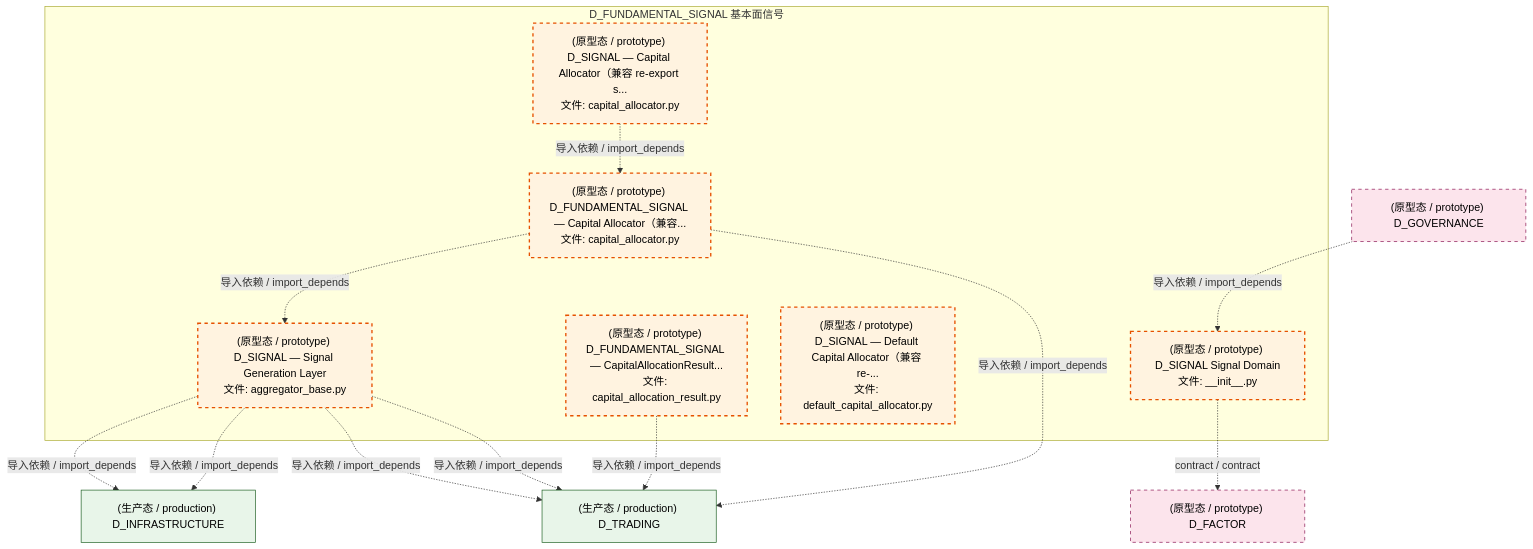
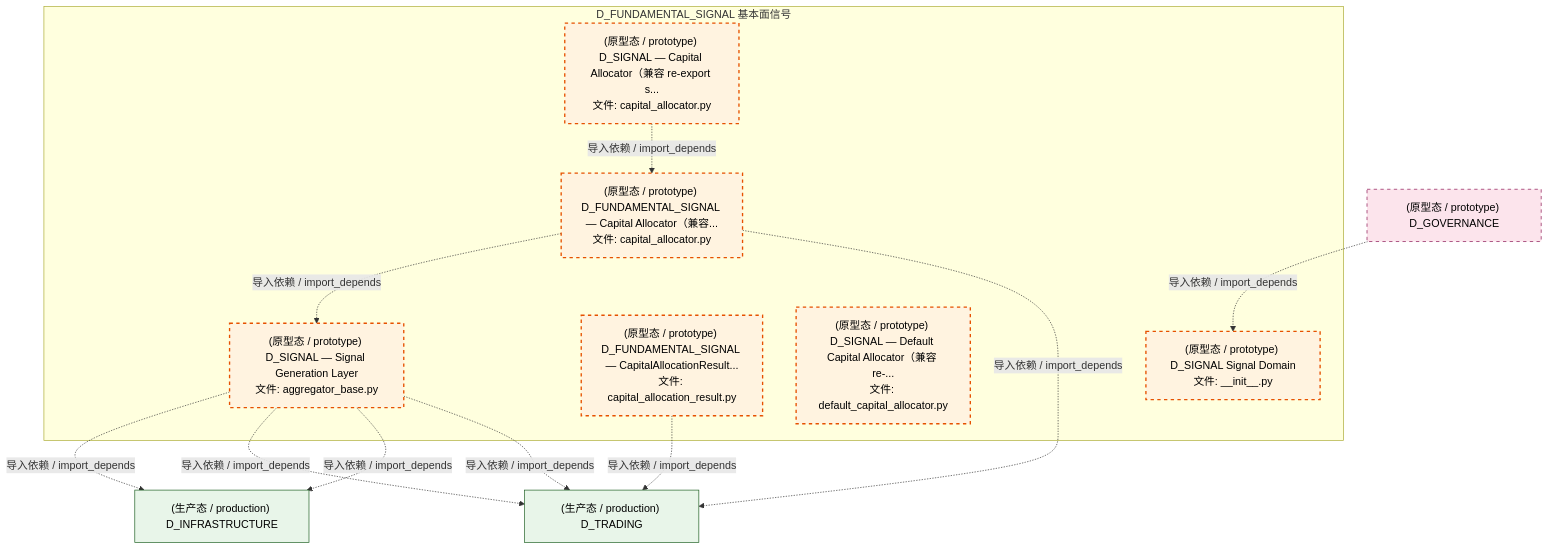
One commit to xuanFelixVan/ZephyrAlpha changed the third of 4 diagrams in docs/02_enterprise_architecture/02_domain_architecture_docs/37_d_fundamental_signal.md. Above: the diagram before and after it, drawn with Mermaid. The commit also changed other lines of this file and 116 other files, not shown here.

````diff
--- a/docs/02_enterprise_architecture/02_domain_architecture_docs/37_d_fundamental_signal.md
+++ b/docs/02_enterprise_architecture/02_domain_architecture_docs/37_d_fundamental_signal.md
@@ -171,32 +171,30 @@
 ```mermaid
 graph TD
     subgraph D_FUNDAMENTAL_SIGNAL["D_FUNDAMENTAL_SIGNAL 基本面信号"]
         src_zephyr_signal_fundamental_init_py["(原型态 / prototype) D_SIGNAL Signal Domain<br/>文件: __init__.py"]
         src_zephyr_signal_fundamental_capital_capital_allocation_result_py["(原型态 / prototype) D_FUNDAMENTAL_SIGNAL — CapitalAllocationResult...<br/>文件: capital_allocation_result.py"]
         src_zephyr_signal_fundamental_capital_capital_allocator_py["(原型态 / prototype) D_SIGNAL — Capital Allocator（兼容 re-export s...<br/>文件: capital_allocator.py"]
         src_zephyr_signal_fundamental_capital_default_capital_allocator_py["(原型态 / prototype) D_SIGNAL — Default Capital Allocator（兼容 re-...<br/>文件: default_capital_allocator.py"]
         src_zephyr_signal_fundamental_gen_aggregator_base_py["(原型态 / prototype) D_SIGNAL — Signal Generation Layer<br/>文件: aggregator_base.py"]
         src_zephyr_signal_fundamental_strategy_capital_allocator_py["(原型态 / prototype) D_FUNDAMENTAL_SIGNAL — Capital Allocator（兼容...<br/>文件: capital_allocator.py"]
     end
     src_zephyr_signal_fundamental_capital_capital_allocator_py -.->|导入依赖 / import_depends| src_zephyr_signal_fundamental_strategy_capital_allocator_py
     src_zephyr_signal_fundamental_strategy_capital_allocator_py -.->|导入依赖 / import_depends| src_zephyr_signal_fundamental_gen_aggregator_base_py
-    D_FACTOR["(原型态 / prototype) D_FACTOR"]
-    src_zephyr_signal_fundamental_init_py -.->|contract / contract| D_FACTOR
     D_TRADING["(生产态 / production) D_TRADING"]
     src_zephyr_signal_fundamental_capital_capital_allocation_result_py -.->|导入依赖 / import_depends| D_TRADING
     D_INFRASTRUCTURE["(生产态 / production) D_INFRASTRUCTURE"]
     src_zephyr_signal_fundamental_gen_aggregator_base_py -.->|导入依赖 / import_depends| D_INFRASTRUCTURE
+    src_zephyr_signal_fundamental_gen_aggregator_base_py -.->|导入依赖 / import_depends| D_TRADING
     src_zephyr_signal_fundamental_gen_aggregator_base_py -.->|导入依赖 / import_depends| D_INFRASTRUCTURE
-    src_zephyr_signal_fundamental_gen_aggregator_base_py -.->|导入依赖 / import_depends| D_TRADING
     src_zephyr_signal_fundamental_gen_aggregator_base_py -.->|导入依赖 / import_depends| D_TRADING
     src_zephyr_signal_fundamental_strategy_capital_allocator_py -.->|导入依赖 / import_depends| D_TRADING
     D_GOVERNANCE["(原型态 / prototype) D_GOVERNANCE"]
     D_GOVERNANCE -.->|导入依赖 / import_depends| src_zephyr_signal_fundamental_init_py
     classDef production fill:#e1f5fe,stroke:#01579b,stroke-width:2px,color:#000
     classDef design fill:#fff3e0,stroke:#e65100,stroke-width:2px,color:#000,stroke-dasharray: 5 5
     classDef external_prod fill:#e8f5e9,stroke:#1b5e20,stroke-width:1px,color:#000
     classDef external_design fill:#fce4ec,stroke:#880e4f,stroke-width:1px,color:#000,stroke-dasharray: 5 5
     class src_zephyr_signal_fundamental_init_py,src_zephyr_signal_fundamental_capital_capital_allocation_result_py,src_zephyr_signal_fundamental_capital_capital_allocator_py,src_zephyr_signal_fundamental_capital_default_capital_allocator_py,src_zephyr_signal_fundamental_gen_aggregator_base_py,src_zephyr_signal_fundamental_strategy_capital_allocator_py design
     class D_TRADING,D_INFRASTRUCTURE external_prod
-    class D_FACTOR,D_GOVERNANCE external_design
+    class D_GOVERNANCE external_design
 ```
````
